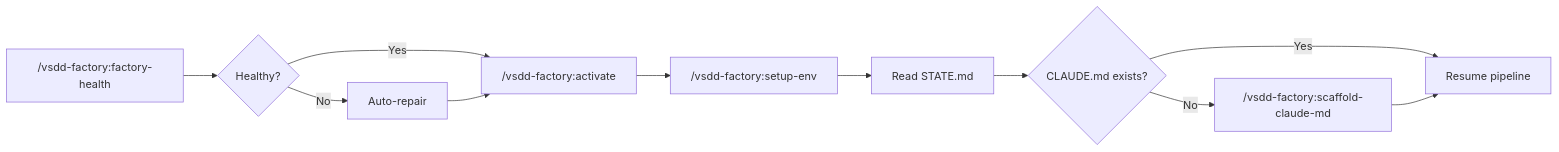
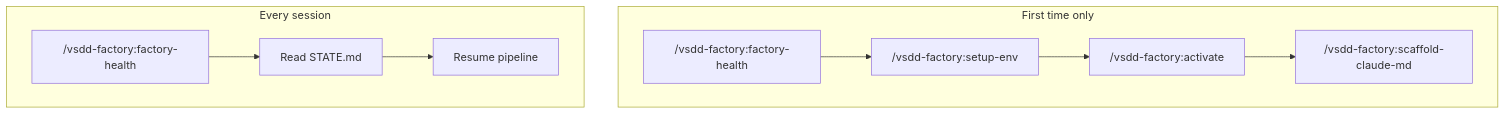
One commit to drbothen/vsdd-factory changed the diagram in docs/guide/getting-started.md. Above: the diagram before and after it, drawn with Mermaid. The commit also changed other lines of this file, not shown here.

Commit message:
docs: fix getting-started session flow — separate first-time vs every-session

````diff
--- a/docs/guide/getting-started.md
+++ b/docs/guide/getting-started.md
@@ -122,13 +141,13 @@
 ```mermaid
-graph LR
-    A["/vsdd-factory:factory-health"] --> B{Healthy?}
-    B -->|Yes| C["/vsdd-factory:activate"]
-    B -->|No| D["Auto-repair"]
-    D --> C
-    C --> E["/vsdd-factory:setup-env"]
-    E --> F["Read STATE.md"]
-    F --> G{CLAUDE.md exists?}
-    G -->|Yes| H["Resume pipeline"]
-    G -->|No| I["/vsdd-factory:scaffold-claude-md"]
-    I --> H
+graph TD
+    subgraph "First time only"
+        A1["/vsdd-factory:factory-health"] --> A2["/vsdd-factory:setup-env"]
+        A2 --> A3["/vsdd-factory:activate"]
+        A3 --> A4["/vsdd-factory:scaffold-claude-md"]
+    end
+
+    subgraph "Every session"
+        B1["/vsdd-factory:factory-health"] --> B2["Read STATE.md"]
+        B2 --> B3["Resume pipeline"]
+    end
 ```
````
